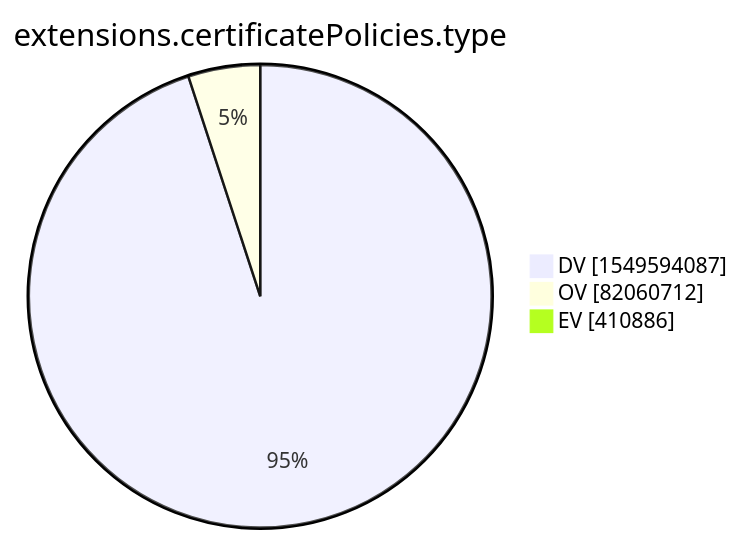
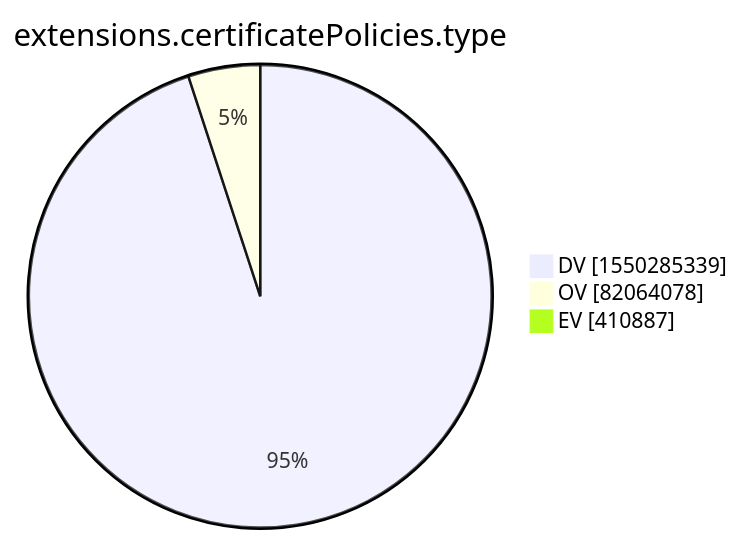
Before and after one commit to christiankrug/ctmonitor_visualization: the tenth of 15 diagrams in xenon2022/README.md, drawn with Mermaid. The commit also changed other lines of this file, not shown here.

````diff
--- a/xenon2022/README.md
+++ b/xenon2022/README.md
@@ -2876,7 +2876,7 @@
 ```mermaid
 pie showData
 title extensions.certificatePolicies.type
-"DV" :1549594087
-"OV" :82060712
-"EV" :410886
+"DV" :1550285339
+"OV" :82064078
+"EV" :410887
 ```
````
